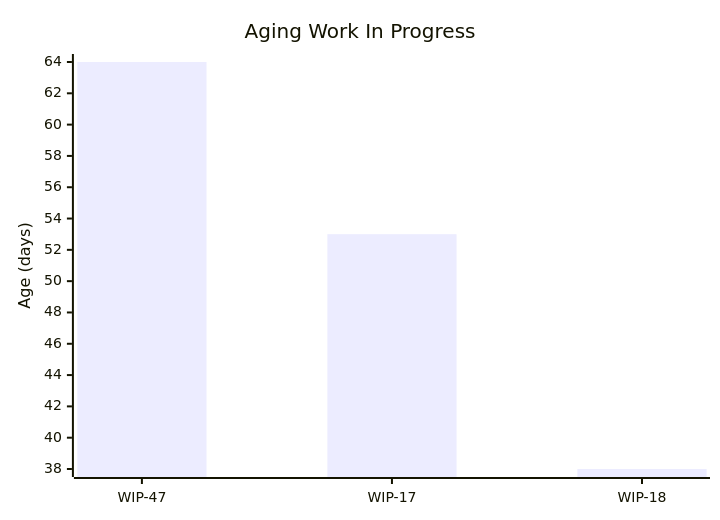
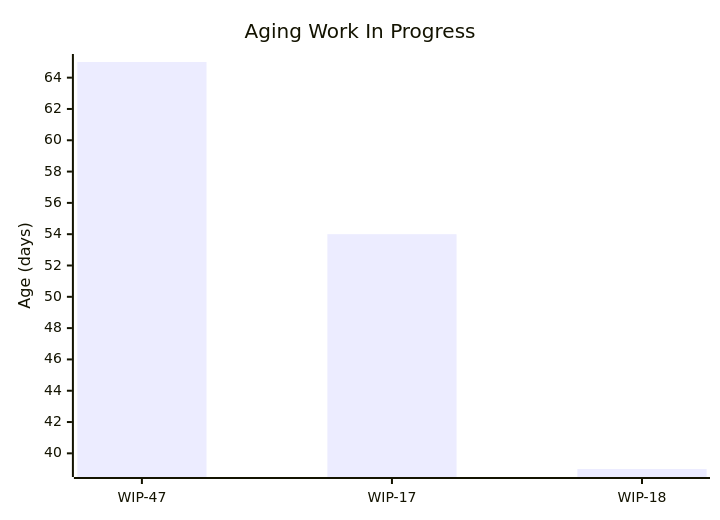
Before and after one commit to cbroult/predictability-engine: the first of 5 diagrams in data/samples/reports/sample_data_large/priorities/Lowest.md, drawn with Mermaid. The commit also changed other lines of this file and 72 other files, not shown here.

````diff
--- a/data/samples/reports/sample_data_large/priorities/Lowest.md
+++ b/data/samples/reports/sample_data_large/priorities/Lowest.md
@@ -29,7 +29,7 @@
 ```mermaid
 xychart-beta
     title "Aging Work In Progress"
     x-axis ["WIP-47", "WIP-17", "WIP-18"]
     y-axis "Age (days)"
-    bar "Age" [64, 53, 38]
+    bar "Age" [65, 54, 39]
 ```
````
